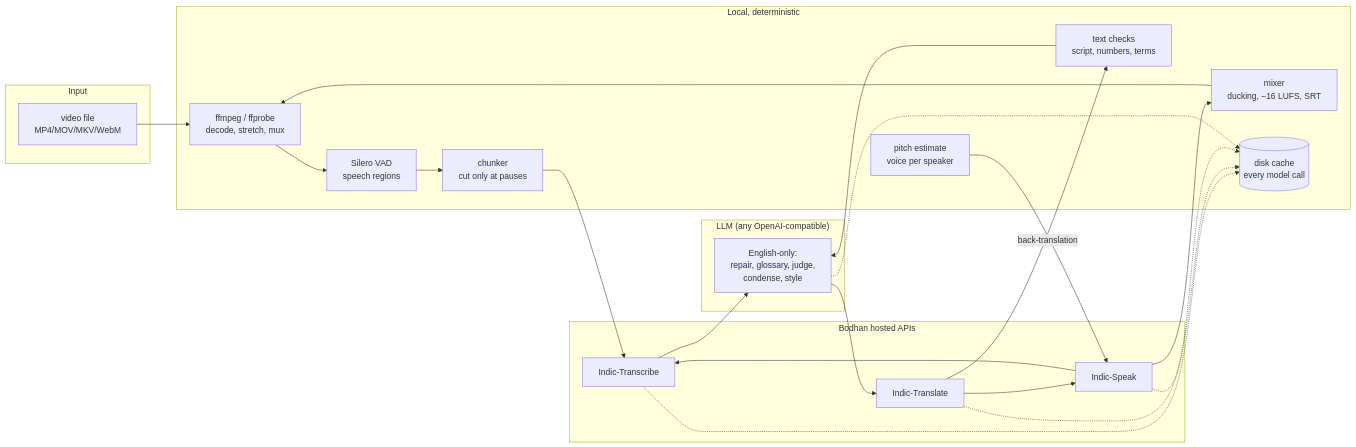
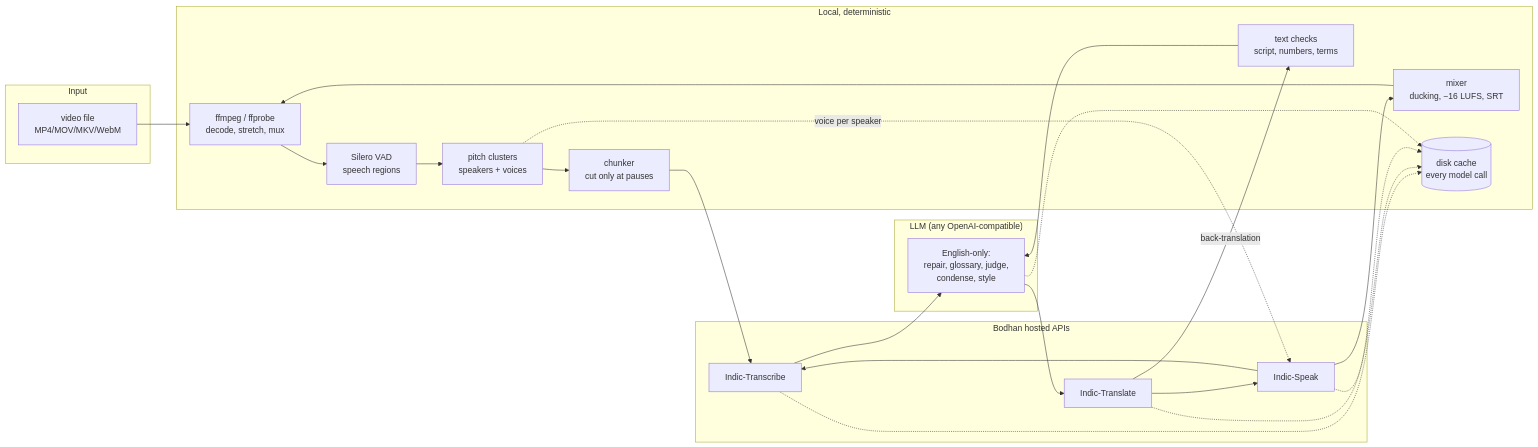
One commit to Bodhan-AI/Bodhan-AI-Cookbook changed the first of 2 diagrams in examples/video_dubbing/docs/DESIGN.md. Above: the diagram before and after it, drawn with Mermaid. The commit also changed other lines of this file and 21 other files, not shown here.

````diff
--- a/examples/video_dubbing/docs/DESIGN.md
+++ b/examples/video_dubbing/docs/DESIGN.md
@@ -13,32 +13,32 @@
 ```mermaid
 flowchart LR
     subgraph Input
         V[video file<br/>MP4/MOV/MKV/WebM]
     end
     subgraph Local["Local, deterministic"]
         FF[ffmpeg / ffprobe<br/>decode, stretch, mux]
         VAD[Silero VAD<br/>speech regions]
         CH[chunker<br/>cut only at pauses]
         TC[text checks<br/>script, numbers, terms]
-        PITCH[pitch estimate<br/>voice per speaker]
+        PITCH[pitch clusters<br/>speakers + voices]
         MIX[mixer<br/>ducking, −16 LUFS, SRT]
         CACHE[(disk cache<br/>every model call)]
     end
     subgraph Bodhan["Bodhan hosted APIs"]
         ASR[Indic-Transcribe]
         MT[Indic-Translate]
         TTS[Indic-Speak]
     end
     subgraph Brain["LLM (any OpenAI-compatible)"]
         LLM[English-only:<br/>repair, glossary, judge,<br/>condense, style]
     end
-    V --> FF --> VAD --> CH --> ASR
+    V --> FF --> VAD --> PITCH --> CH --> ASR
     ASR --> LLM
     LLM --> MT
     MT -->|back-translation| TC
     TC --> LLM
     MT --> TTS --> ASR
-    PITCH --> TTS
+    PITCH -.->|voice per speaker| TTS
     TTS --> MIX --> FF
     ASR & MT & TTS & LLM -.-> CACHE
 ```
````
